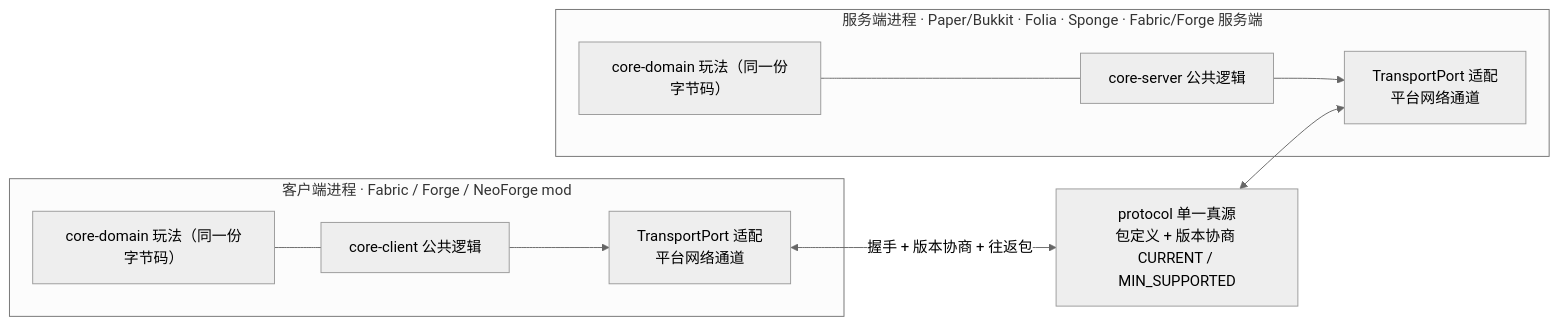
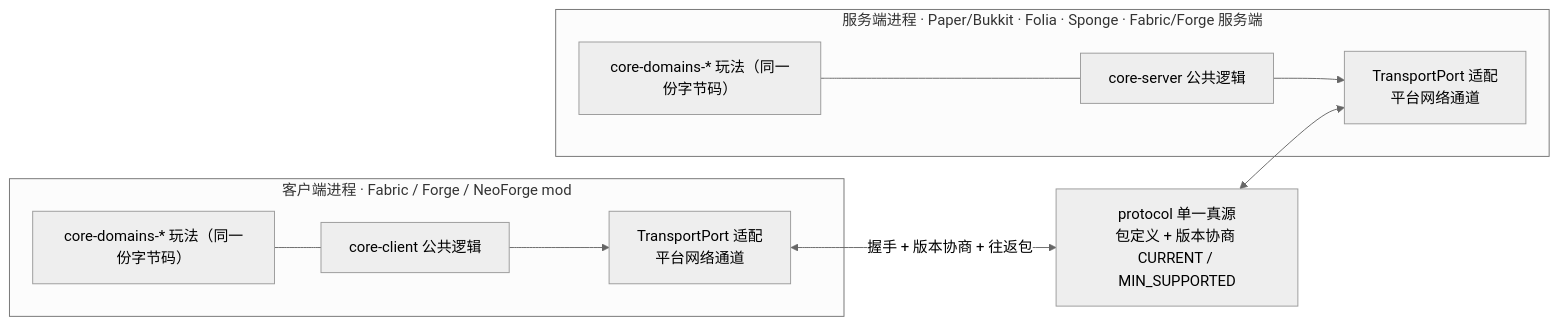
Before and after one commit to wcpe/MultiPlatformModTemplate: the third of 4 diagrams in docs/ARCHITECTURE.md, drawn with Mermaid (neutral theme). The commit also changed other lines of this file and 594 other files, not shown here.

````diff
--- a/docs/ARCHITECTURE.md
+++ b/docs/ARCHITECTURE.md
@@ -150,20 +151,20 @@
 ```mermaid
 flowchart LR
     subgraph CLIENT["客户端进程 · Fabric / Forge / NeoForge mod"]
-        DOMC["core-domain 玩法（同一份字节码）"]
+        DOMC["core-domains-* 玩法（同一份字节码）"]
         CCL["core-client 公共逻辑"]
         TPC["TransportPort 适配<br/>平台网络通道"]
         DOMC --- CCL
         CCL --> TPC
     end
     subgraph SERVER["服务端进程 · Paper/Bukkit · Folia · Sponge · Fabric/Forge 服务端"]
-        DOMS["core-domain 玩法（同一份字节码）"]
+        DOMS["core-domains-* 玩法（同一份字节码）"]
         CSV["core-server 公共逻辑"]
         TPS["TransportPort 适配<br/>平台网络通道"]
         DOMS --- CSV
         CSV --> TPS
     end
     PROTO2["protocol 单一真源<br/>包定义 + 版本协商 CURRENT / MIN_SUPPORTED"]
     TPC <-->|"握手 + 版本协商 + 往返包"| PROTO2
     PROTO2 <--> TPS
 ```
````
